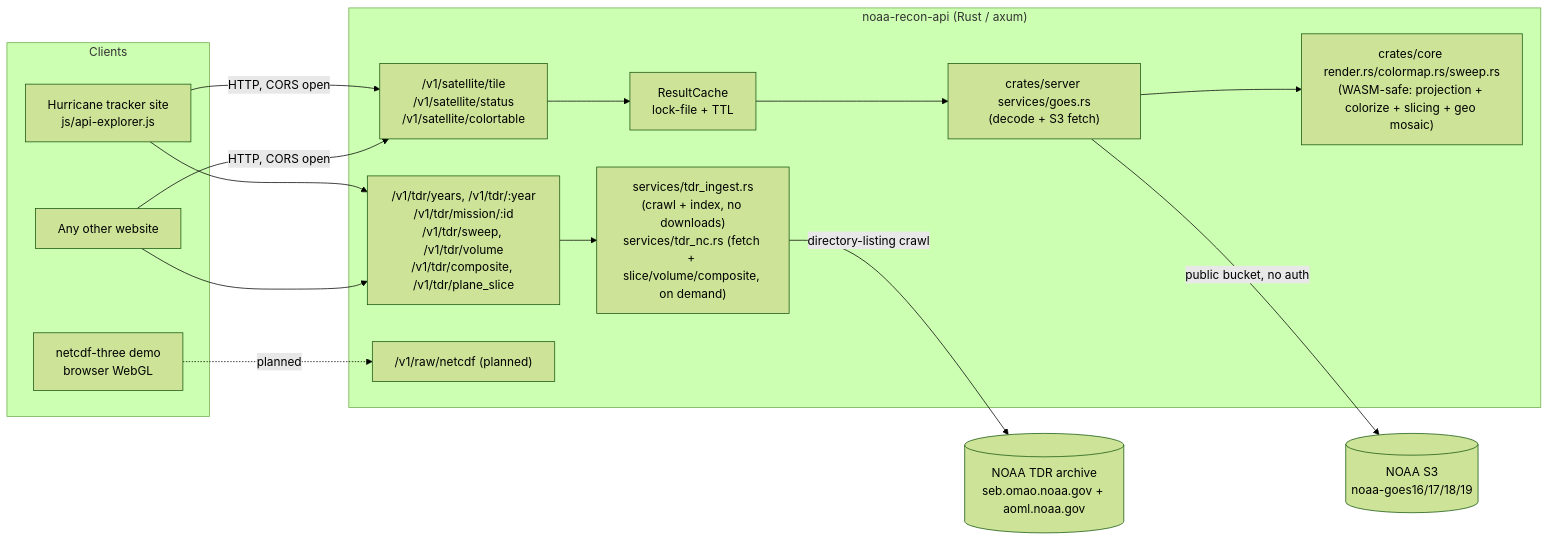
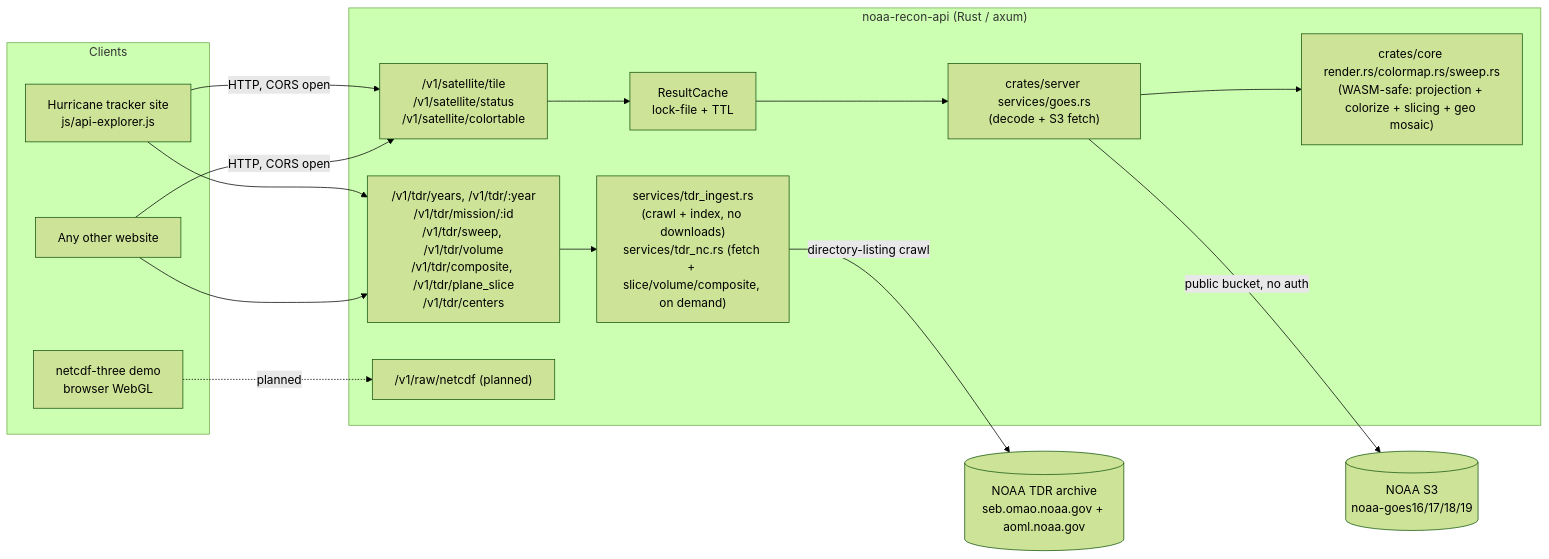
Before and after one commit to jjmurdock19/noaa-recon-api: the first of 2 diagrams in README.md, drawn with Mermaid (forest theme). The commit also changed other lines of this file and 4 other files, not shown here.

Commit message:
Add TDR-derived storm centers endpoint and update documentation

````diff
--- a/README.md
+++ b/README.md
@@ -403,31 +455,31 @@
 ```mermaid
 flowchart LR
     subgraph Clients
         A[Hurricane tracker site<br/>js/api-explorer.js]
         B[Any other website]
         C[netcdf-three demo<br/>browser WebGL]
     end
 
     subgraph "noaa-recon-api (Rust / axum)"
         D["/v1/satellite/tile<br/>/v1/satellite/status<br/>/v1/satellite/colortable"]
-        E["/v1/tdr/years, /v1/tdr/:year<br/>/v1/tdr/mission/:id<br/>/v1/tdr/sweep, /v1/tdr/volume<br/>/v1/tdr/composite, /v1/tdr/plane_slice"]
+        E["/v1/tdr/years, /v1/tdr/:year<br/>/v1/tdr/mission/:id<br/>/v1/tdr/sweep, /v1/tdr/volume<br/>/v1/tdr/composite, /v1/tdr/plane_slice<br/>/v1/tdr/centers"]
         F["/v1/raw/netcdf (planned)"]
         G[ResultCache<br/>lock-file + TTL]
         H["crates/server services/goes.rs<br/>(decode + S3 fetch)"]
         K["crates/core render.rs/colormap.rs/sweep.rs<br/>(WASM-safe: projection + colorize + slicing + geo mosaic)"]
         L["services/tdr_ingest.rs<br/>(crawl + index, no downloads)<br/>services/tdr_nc.rs (fetch + slice/volume/composite, on demand)"]
     end
 
     I[(NOAA S3<br/>noaa-goes16/17/18/19)]
     J[(NOAA TDR archive<br/>seb.omao.noaa.gov + aoml.noaa.gov)]
 
     A & B -->|HTTP, CORS open| D
     C -.->|planned| F
     D --> G
     G --> H
     H --> K
     H -->|public bucket, no auth| I
     A & B --> E
     E --> L
     L -->|directory-listing crawl| J
 ```
````
